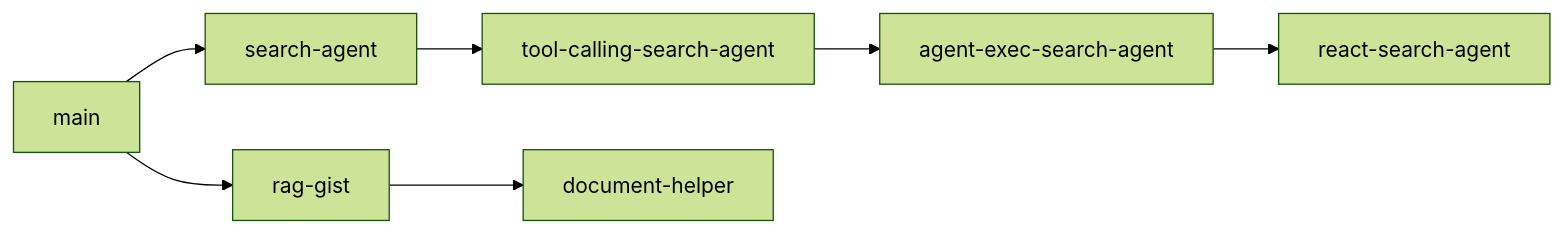
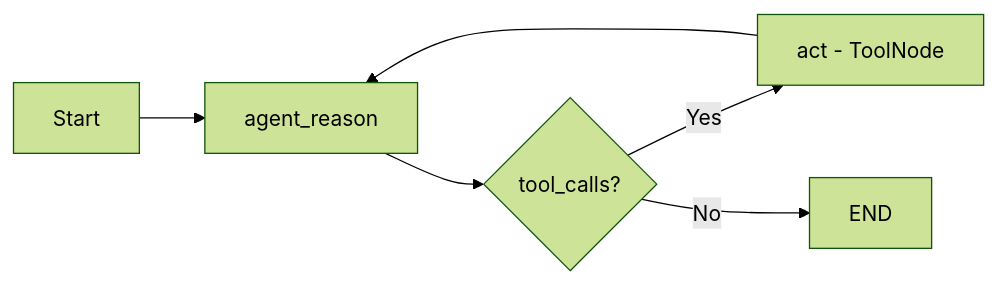
One commit to AgusMattiussi/langchain-agents-course changed the diagram in README.md. Above: the diagram before and after it, drawn with Mermaid (forest theme). The commit also changed other lines of this file, not shown here.

Commit message:
docs: Add README for langgraph-agent-executor branch

````diff
--- a/README.md
+++ b/README.md
@@ -23,9 +52,8 @@
 ```mermaid
 graph LR
-    A[main] --> B[search-agent]
-    B --> C[tool-calling-search-agent]
-    C --> D[agent-exec-search-agent]
-    D --> E[react-search-agent]
-    A --> F[rag-gist]
-    F --> G[document-helper]
+    A[Start] --> B[agent_reason]
+    B --> C{tool_calls?}
+    C -->|Yes| D[act - ToolNode]
+    D --> B
+    C -->|No| E[END]
 ```
````
